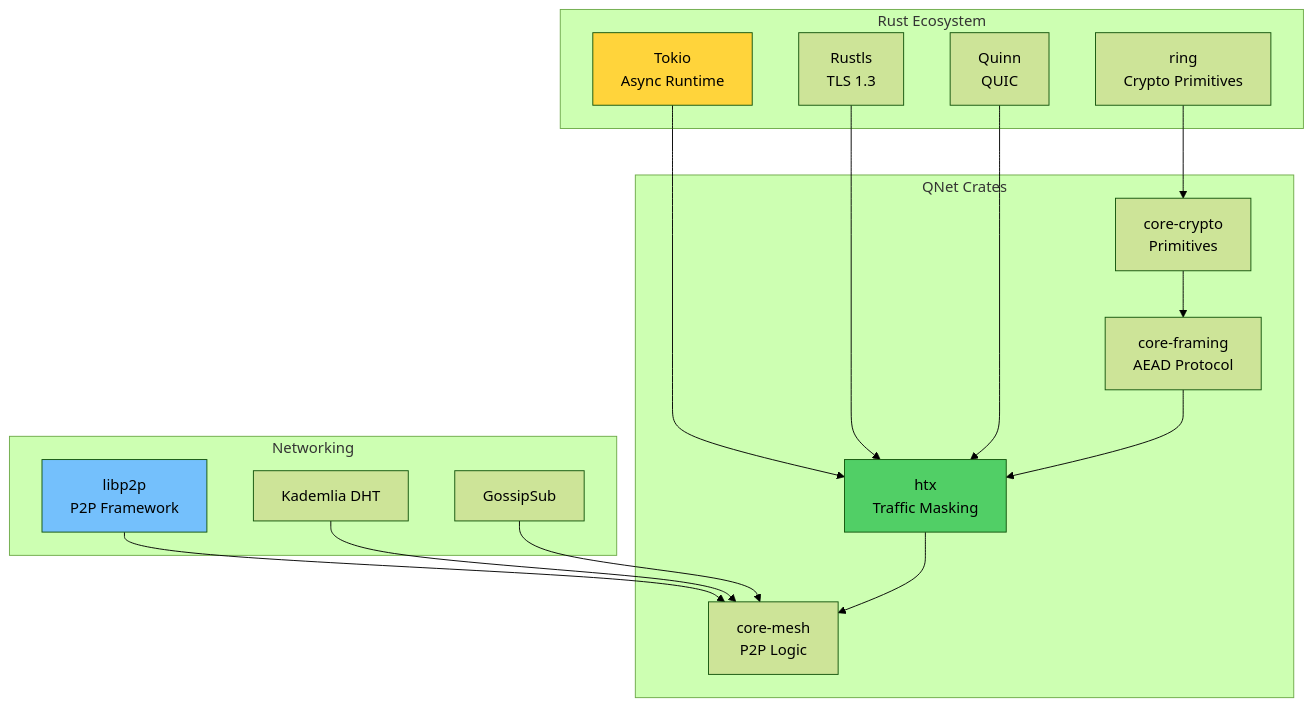
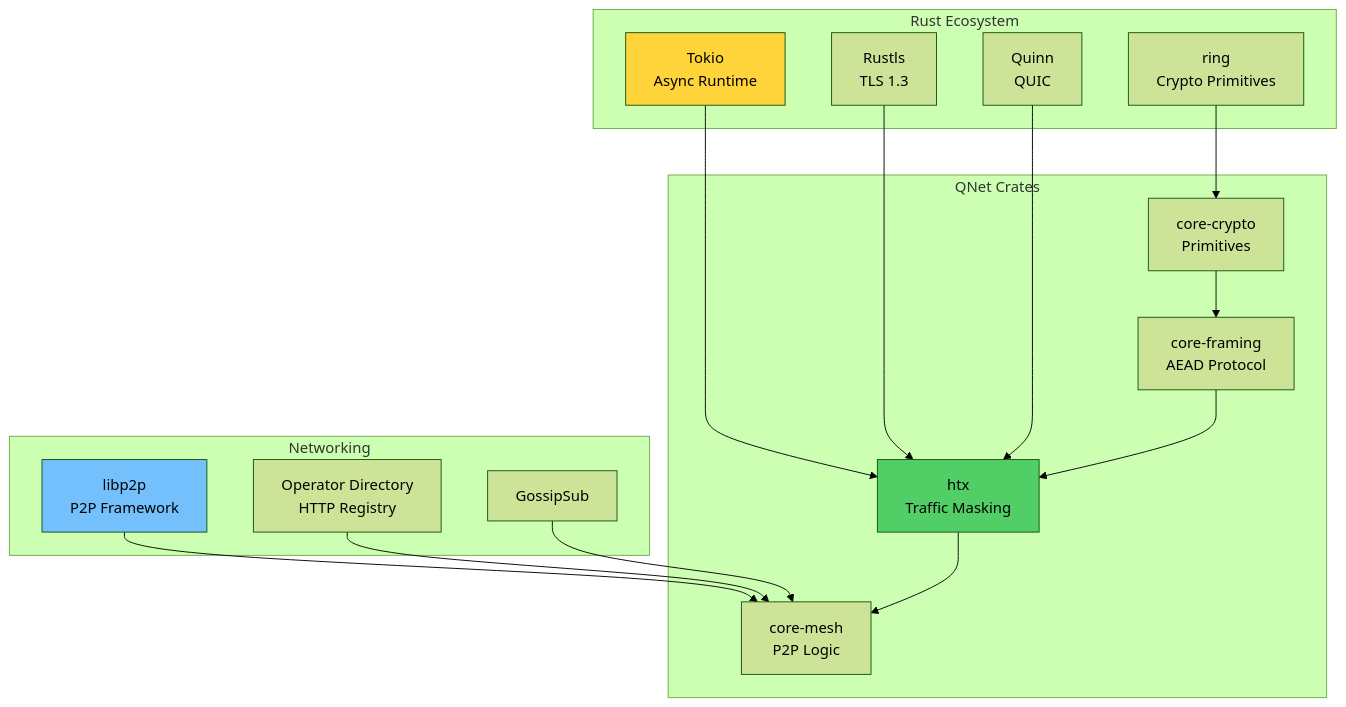
Before and after one commit to QW1CKS/qnet: the tenth of 15 diagrams in README.md, drawn with Mermaid (forest theme). The commit also changed other lines of this file and 39 other files, not shown here.

First line of the commit message:
feat: Implement operator directory for peer discovery

````diff
--- a/README.md
+++ b/README.md
@@ -358,38 +378,38 @@
 ```mermaid
 graph TB
     subgraph "Rust Ecosystem"
         Tokio[Tokio<br/>Async Runtime]
         Rustls[Rustls<br/>TLS 1.3]
         Quinn[Quinn<br/>QUIC]
         Ring[ring<br/>Crypto Primitives]
     end
     
     subgraph "Networking"
         Libp2p[libp2p<br/>P2P Framework]
-        DHT[Kademlia DHT]
+        Directory[Operator Directory<br/>HTTP Registry]
         Gossip[GossipSub]
     end
     
     subgraph "QNet Crates"
         HTX[htx<br/>Traffic Masking]
         Framing[core-framing<br/>AEAD Protocol]
         Crypto[core-crypto<br/>Primitives]
         Mesh[core-mesh<br/>P2P Logic]
     end
     
     Tokio --> HTX
     Rustls --> HTX
     Quinn --> HTX
     Ring --> Crypto
     Libp2p --> Mesh
-    DHT --> Mesh
+    Directory --> Mesh
     Gossip --> Mesh
     
     Crypto --> Framing
     Framing --> HTX
     HTX --> Mesh
     
     style Tokio fill:#ffd43b
     style Libp2p fill:#74c0fc
     style HTX fill:#51cf66
 ```
````
